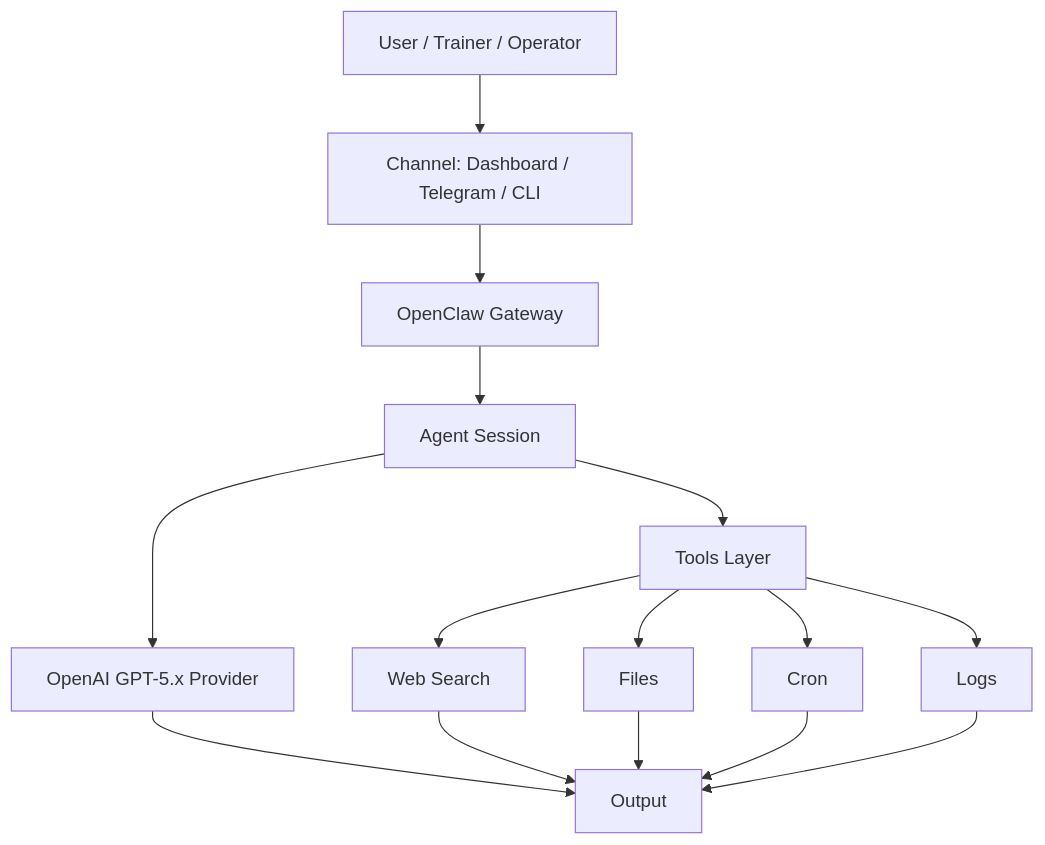
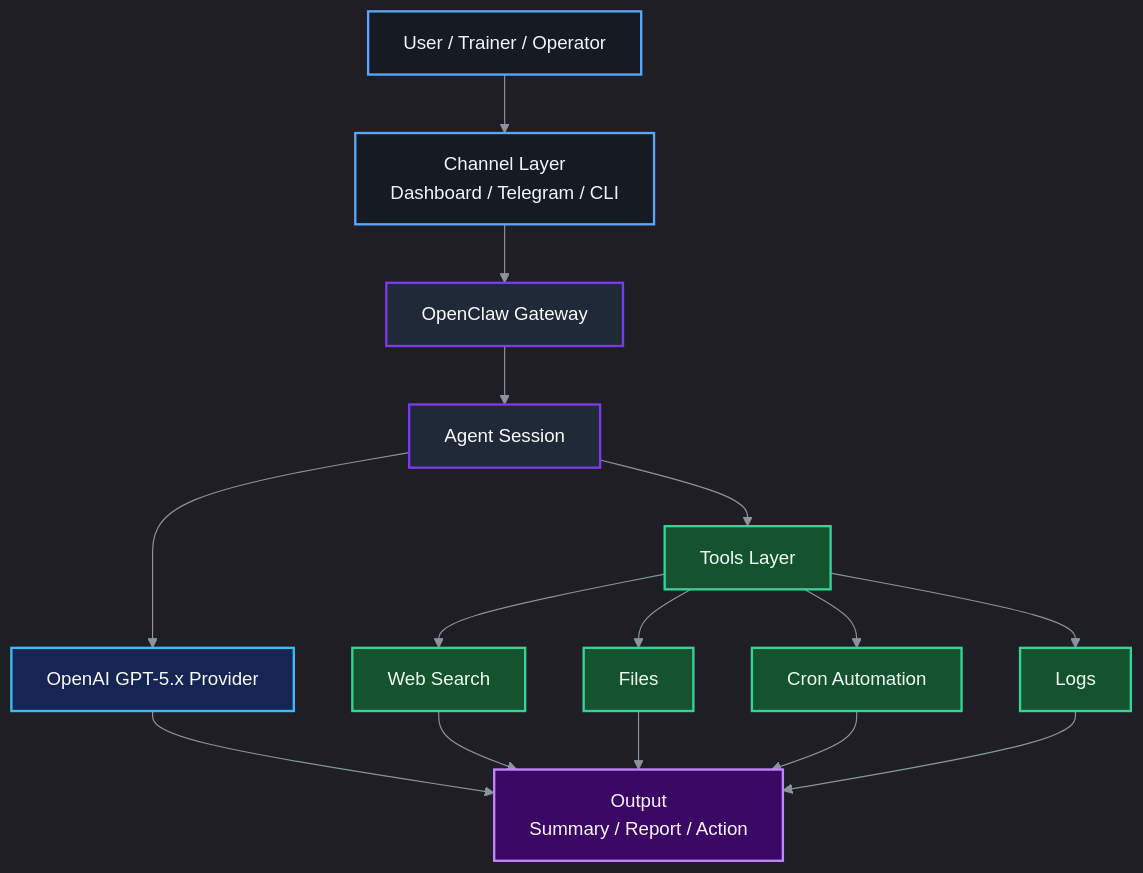
The diagram in docs/architecture.md (PhuminDecOKnoi/How-to-use-OpenClaw-OpenAI-GPT-5.x), drawn with Mermaid before and after one commit. The commit also changed other lines of this file, not shown here.

Commit message:
docs: set architecture workflow to dark tone

````diff
--- a/docs/architecture.md
+++ b/docs/architecture.md
@@ -9,17 +11,30 @@
 ```mermaid
+%%{init: {"theme": "dark", "themeVariables": {"background": "#0d1117", "primaryColor": "#161b22", "primaryTextColor": "#f0f6fc", "primaryBorderColor": "#58a6ff", "lineColor": "#8b949e", "secondaryColor": "#1f6feb", "tertiaryColor": "#21262d", "fontFamily": "Inter, Arial, sans-serif"}}}%%
 flowchart TD
-    U[User / Trainer / Operator] --> C[Channel: Dashboard / Telegram / CLI]
+    U[User / Trainer / Operator] --> C[Channel Layer<br/>Dashboard / Telegram / CLI]
     C --> G[OpenClaw Gateway]
     G --> S[Agent Session]
     S --> M[OpenAI GPT-5.x Provider]
     S --> T[Tools Layer]
     T --> W[Web Search]
     T --> F[Files]
-    T --> CR[Cron]
+    T --> CR[Cron Automation]
     T --> L[Logs]
-    M --> O[Output]
+    M --> O[Output<br/>Summary / Report / Action]
     W --> O
     F --> O
     CR --> O
     L --> O
+
+    classDef userLayer fill:#161b22,stroke:#58a6ff,color:#f0f6fc,stroke-width:2px;
+    classDef gatewayLayer fill:#1f2937,stroke:#7c3aed,color:#f9fafb,stroke-width:2px;
+    classDef modelLayer fill:#172554,stroke:#38bdf8,color:#f8fafc,stroke-width:2px;
+    classDef toolsLayer fill:#14532d,stroke:#34d399,color:#f0fdf4,stroke-width:2px;
+    classDef outputLayer fill:#3b0764,stroke:#c084fc,color:#faf5ff,stroke-width:2px;
+
+    class U,C userLayer;
+    class G,S gatewayLayer;
+    class M modelLayer;
+    class T,W,F,CR,L toolsLayer;
+    class O outputLayer;
 ```
````
